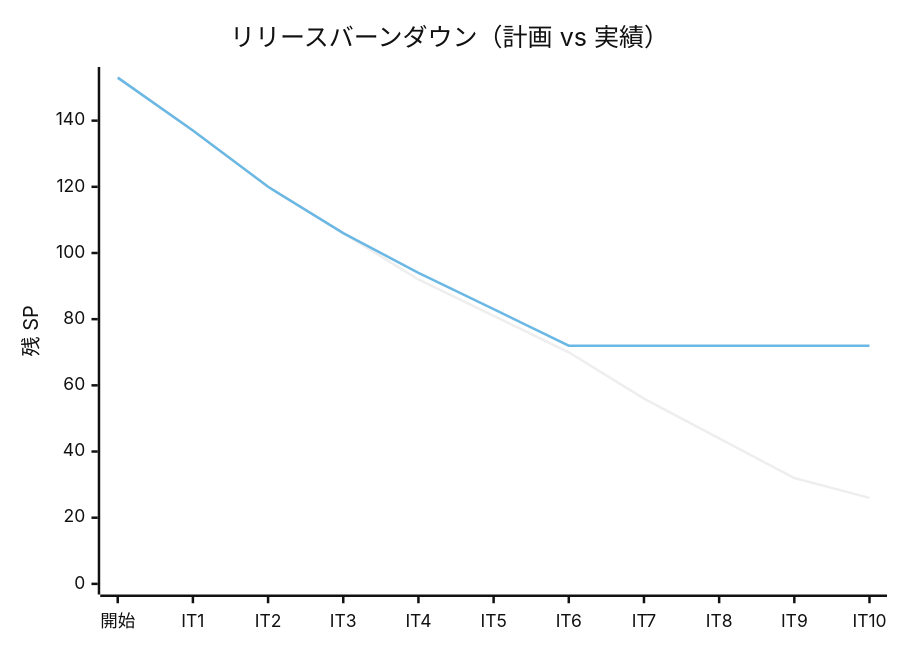
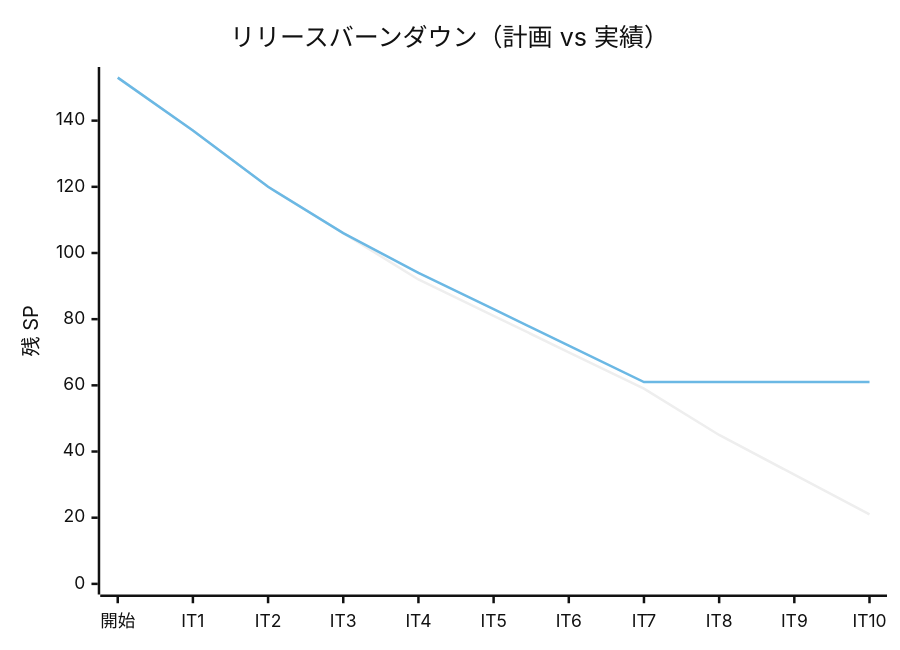
One commit to k2works/case-study-cargo-tracker changed the third of 3 diagrams in docs/development/release_plan.md. Above: the diagram before and after it, drawn with Mermaid (neutral theme). The commit also changed other lines of this file and 22 other files, not shown here.

````diff
--- a/docs/development/release_plan.md
+++ b/docs/development/release_plan.md
@@ -552,8 +559,8 @@
 ```mermaid
 xychart-beta
     title "リリースバーンダウン（計画 vs 実績）"
     x-axis ["開始", "IT1", "IT2", "IT3", "IT4", "IT5", "IT6", "IT7", "IT8", "IT9", "IT10"]
     y-axis "残 SP" 0 --> 153
-    line "計画" [153, 137, 120, 106, 92, 81, 70, 56, 44, 32, 26]
-    line "実績" [153, 137, 120, 106, 94, 83, 72, 72, 72, 72, 72]
+    line "計画" [153, 137, 120, 106, 92, 81, 70, 59, 45, 33, 21]
+    line "実績" [153, 137, 120, 106, 94, 83, 72, 61, 61, 61, 61]
 ```
````
